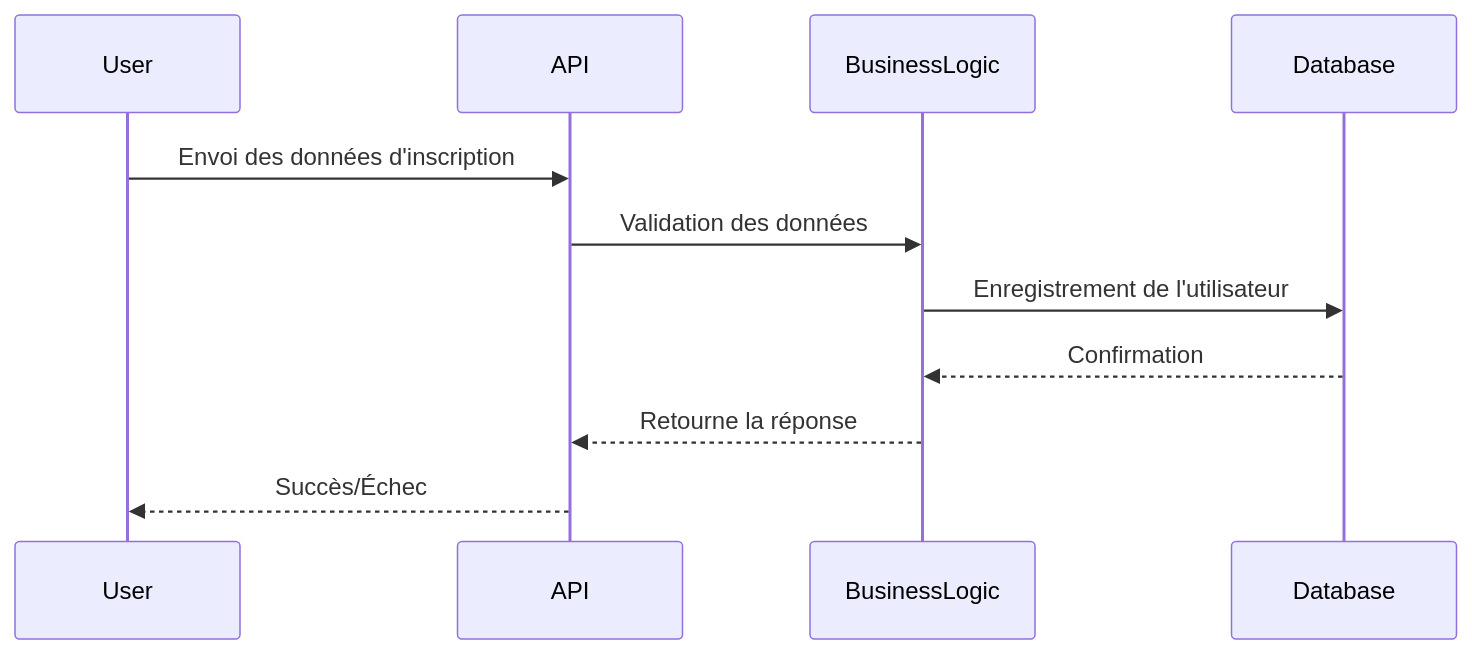
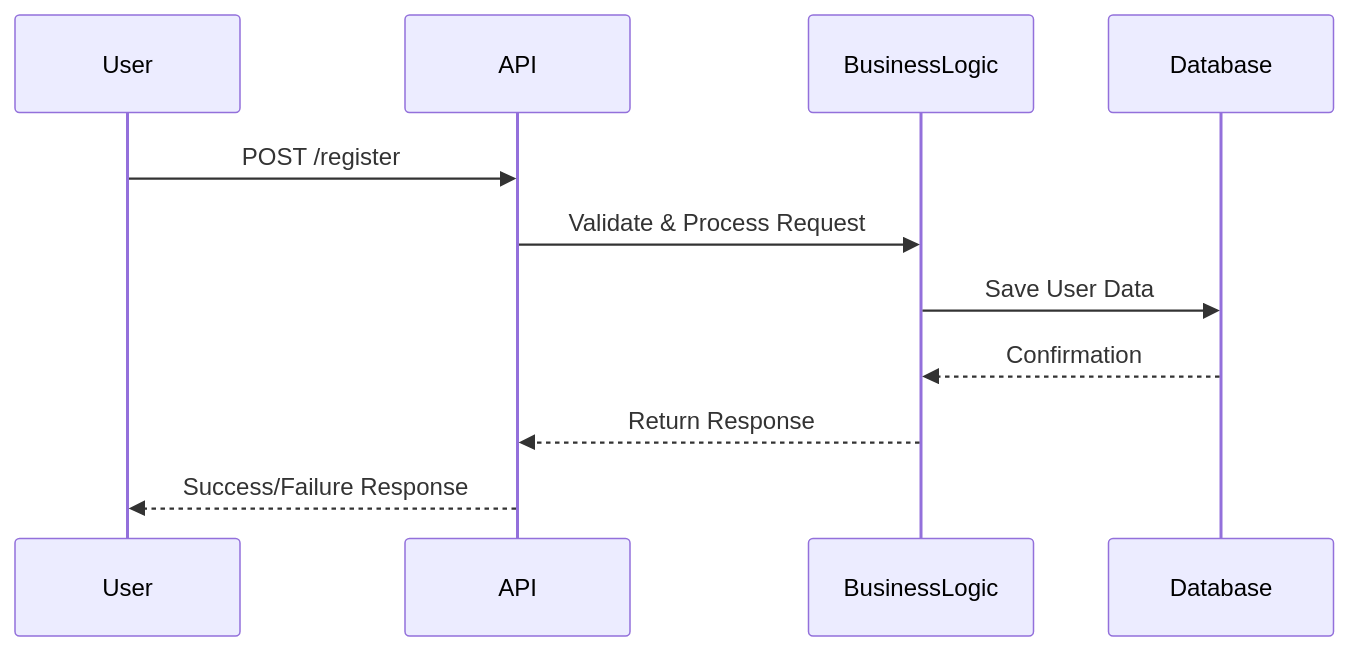
The first of 6 diagrams in PARTIE1_UML/README.md (batrivieredev/holbertonschool-hbnb), drawn with Mermaid before and after one commit. The commit also changed other lines of this file, not shown here.

````diff
--- a/PARTIE1_UML/README.md
+++ b/PARTIE1_UML/README.md
@@ -180,13 +61,14 @@
 ```mermaid
 sequenceDiagram
     participant User
     participant API
     participant BusinessLogic
     participant Database
-    User->>API: Envoi des données d'inscription
-    API->>BusinessLogic: Validation des données
-    BusinessLogic->>Database: Enregistrement de l'utilisateur
+
+    User->>API: POST /register
+    API->>BusinessLogic: Validate & Process Request
+    BusinessLogic->>Database: Save User Data
     Database-->>BusinessLogic: Confirmation
-    BusinessLogic-->>API: Retourne la réponse
-    API-->>User: Succès/Échec
+    BusinessLogic-->>API: Return Response
+    API-->>User: Success/Failure Response
 ```
````
